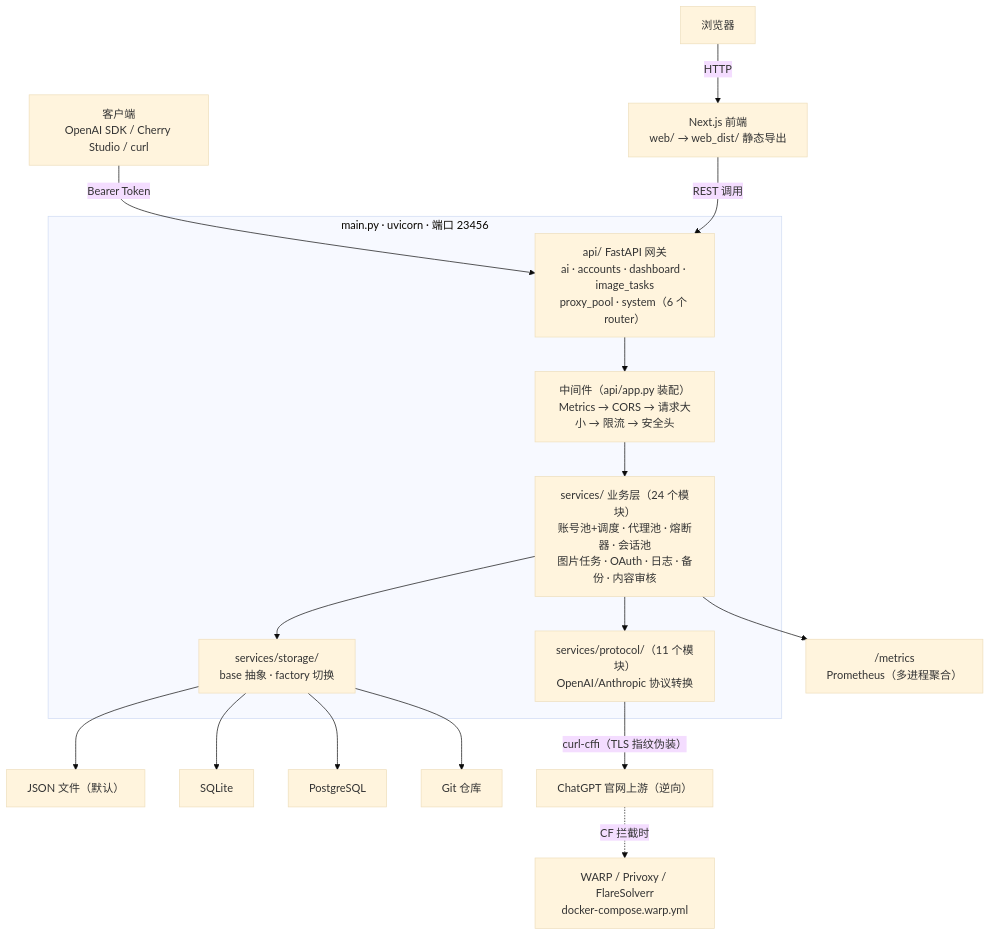
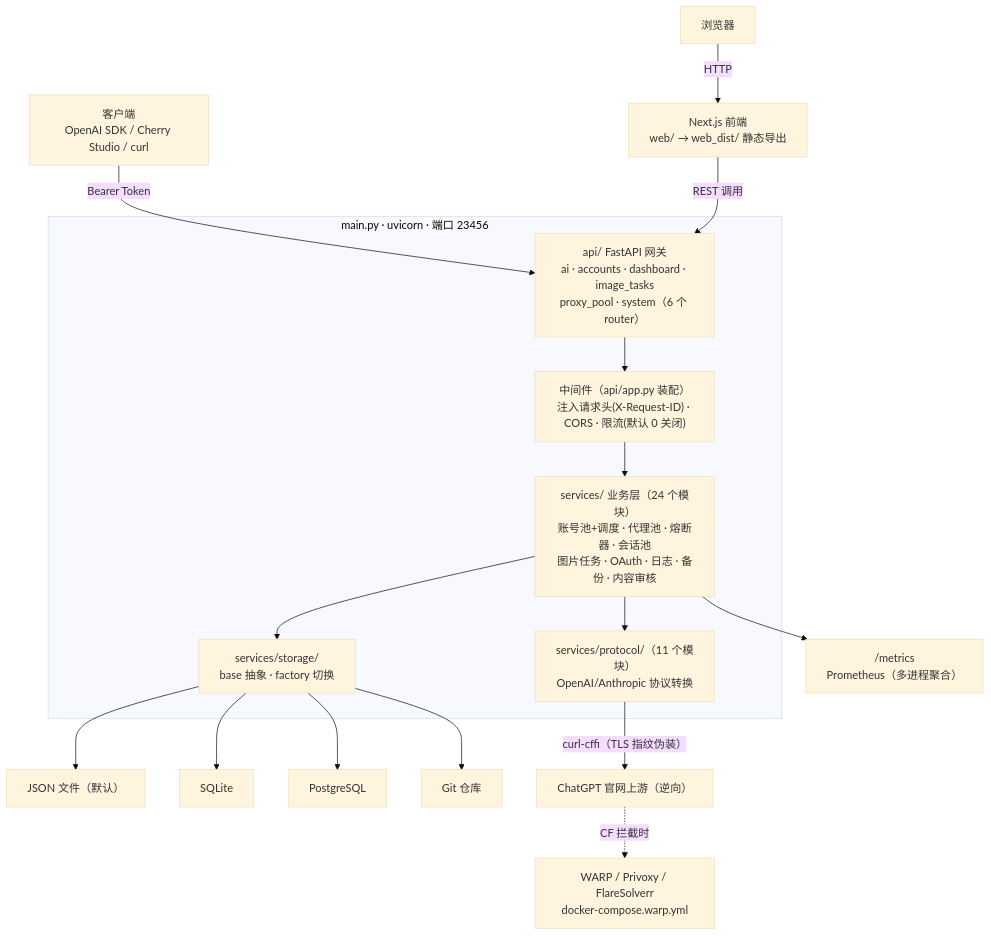
One commit to lza6/GPT-Codex-image-2api changed the diagram in docs/onboarding/01-architecture.md. Above: the diagram before and after it, drawn with Mermaid (base theme). The commit also changed other lines of this file and 9 other files, not shown here.

````diff
--- a/docs/onboarding/01-architecture.md
+++ b/docs/onboarding/01-architecture.md
@@ -7,25 +7,25 @@
 ```mermaid
 flowchart TD
     Client["客户端<br/>OpenAI SDK / Cherry Studio / curl"] -->|Bearer Token| GW
     Browser["浏览器"] -->|HTTP| Web["Next.js 前端<br/>web/ → web_dist/ 静态导出"]
 
     subgraph App["main.py · uvicorn · 端口 23456"]
         GW["api/ FastAPI 网关<br/>ai · accounts · dashboard · image_tasks<br/>proxy_pool · system（6 个 router）"]
-        MW["中间件（api/app.py 装配）<br/>Metrics → CORS → 请求大小 → 限流 → 安全头"]
+        MW["中间件（api/app.py 装配）<br/>注入请求头(X-Request-ID) · CORS · 限流(默认 0 关闭)"]
         GW --> MW
         MW --> SVC
         SVC["services/ 业务层（24 个模块）<br/>账号池+调度 · 代理池 · 熔断器 · 会话池<br/>图片任务 · OAuth · 日志 · 备份 · 内容审核"]
         PROTO["services/protocol/（11 个模块）<br/>OpenAI/Anthropic 协议转换"]
         SVC --> PROTO
         SVC --> STORE["services/storage/<br/>base 抽象 · factory 切换"]
     end
 
     Web -->|REST 调用| GW
     STORE --> JSON["JSON 文件（默认）"]
     STORE --> SQLITE["SQLite"]
     STORE --> PG["PostgreSQL"]
     STORE --> GIT["Git 仓库"]
     PROTO -->|"curl-cffi（TLS 指纹伪装）"| Upstream["ChatGPT 官网上游（逆向）"]
     SVC --> Metrics["/metrics<br/>Prometheus（多进程聚合）"]
     Upstream -.->|CF 拦截时| Clearance["WARP / Privoxy / FlareSolverr<br/>docker-compose.warp.yml"]
 ```
````
